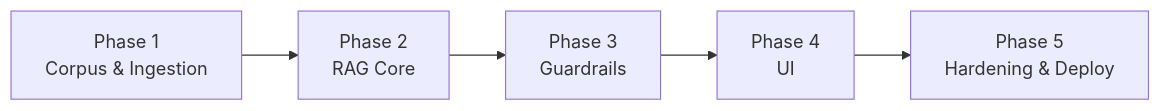
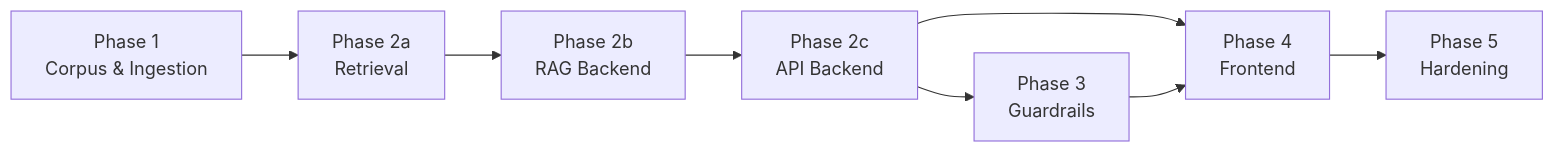
One commit to SayaliAsole26/TATA-mutual-fund-FAQ changed the first of 3 diagrams in Docs folder/implementation.md. Above: the diagram before and after it, drawn with Mermaid. The commit also changed other lines of this file and 66 other files, not shown here.

````diff
--- a/Docs folder/implementation.md
+++ b/Docs folder/implementation.md
@@ -20,7 +20,10 @@
 ```mermaid
 flowchart LR
-    P1["Phase 1<br/>Corpus & Ingestion"] --> P2["Phase 2<br/>RAG Core"]
-    P2 --> P3["Phase 3<br/>Guardrails"]
-    P3 --> P4["Phase 4<br/>UI"]
-    P4 --> P5["Phase 5<br/>Hardening & Deploy"]
+    P1["Phase 1<br/>Corpus & Ingestion"] --> P2A["Phase 2a<br/>Retrieval"]
+    P2A --> P2B["Phase 2b<br/>RAG Backend"]
+    P2B --> P2C["Phase 2c<br/>API Backend"]
+    P2C --> P4["Phase 4<br/>Frontend"]
+    P2C --> P3["Phase 3<br/>Guardrails"]
+    P3 --> P4
+    P4 --> P5["Phase 5<br/>Hardening"]
 ```
````
